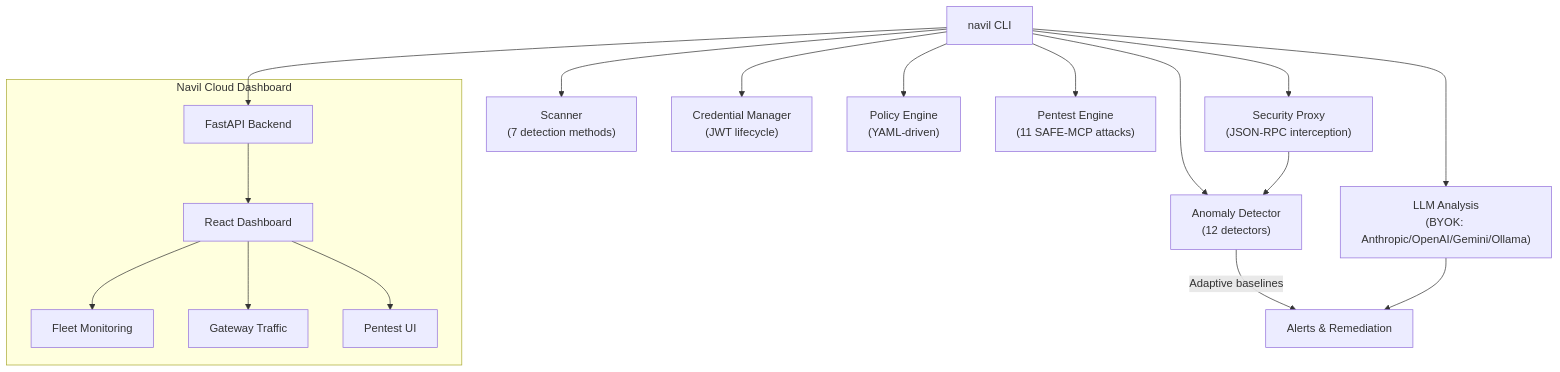
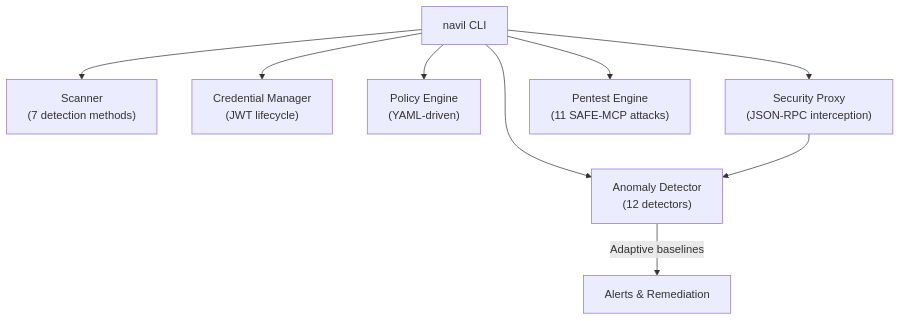
The diagram in README.md (navilai/navil), drawn with Mermaid before and after one commit. The commit also changed other lines of this file and 127 other files, not shown here.

First line of the commit message:
refactor: separate commercial code into private navil-cloud repo

````diff
--- a/README.md
+++ b/README.md
@@ -95,23 +22,12 @@
 ```mermaid
 graph TD
     CLI["navil CLI"] --> Scanner["Scanner\n(7 detection methods)"]
     CLI --> CredMgr["Credential Manager\n(JWT lifecycle)"]
     CLI --> Policy["Policy Engine\n(YAML-driven)"]
     CLI --> Anomaly["Anomaly Detector\n(12 detectors)"]
     CLI --> Proxy["Security Proxy\n(JSON-RPC interception)"]
     CLI --> Pentest["Pentest Engine\n(11 SAFE-MCP attacks)"]
-    CLI --> LLM["LLM Analysis\n(BYOK: Anthropic/OpenAI/Gemini/Ollama)"]
 
     Proxy --> Anomaly
     Anomaly -- "Adaptive baselines" --> Alerts["Alerts & Remediation"]
-    LLM --> Alerts
-
-    subgraph Cloud["Navil Cloud Dashboard"]
-        API["FastAPI Backend"] --> Dashboard["React Dashboard"]
-        Dashboard --> Fleet["Fleet Monitoring"]
-        Dashboard --> Gateway["Gateway Traffic"]
-        Dashboard --> PentestUI["Pentest UI"]
-    end
-
-    CLI --> API
 ```
````
